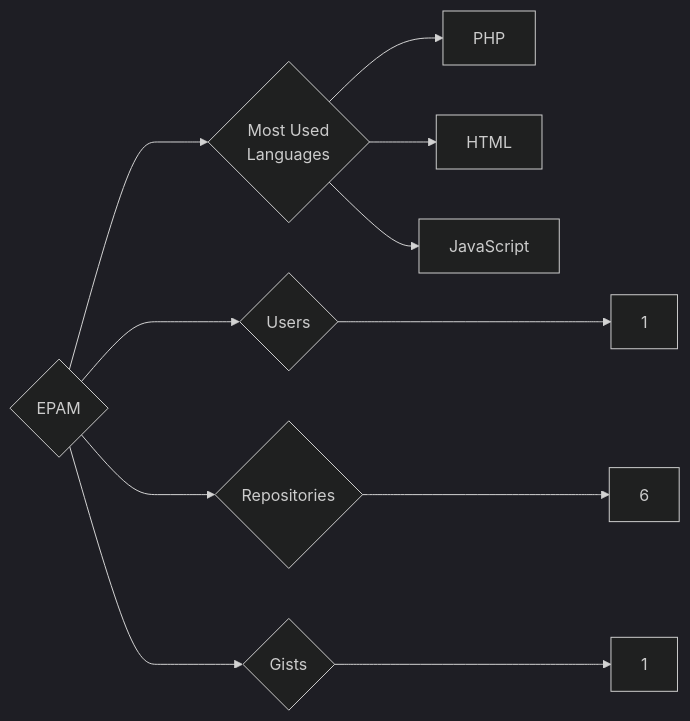
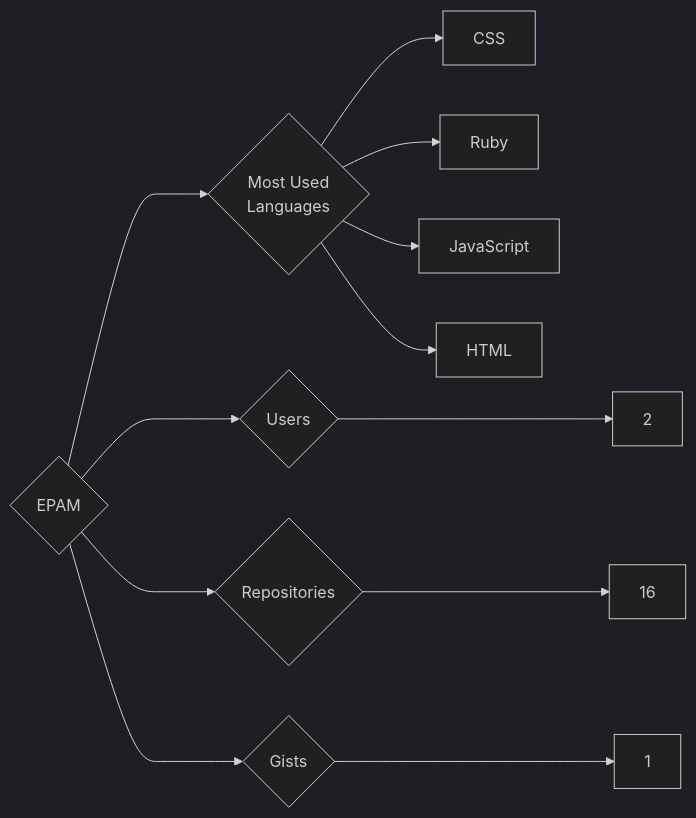
The diagram in targets/EPAM/README.md (trickest/insiders), drawn with Mermaid (dark theme) before and after one commit. The commit also changed 1003 other files, not shown here.

````diff
--- a/targets/EPAM/README.md
+++ b/targets/EPAM/README.md
@@ -3,11 +3,12 @@
 ```mermaid
 graph LR
 COMPANY_NAME{EPAM}
-COMPANY_NAME ---> U{Users} ---> UN[1]
-COMPANY_NAME ---> R{Repositories} ---> RN[6]
+COMPANY_NAME ---> U{Users} ---> UN[2]
+COMPANY_NAME ---> R{Repositories} ---> RN[16]
 COMPANY_NAME ---> G{Gists} ---> GN[1]
 COMPANY_NAME ---> ML{Most Used<br>Languages}
-ML --> PHP[PHP]
+ML --> CSS[CSS]
+ML --> Ruby[Ruby]
+ML --> JavaScript[JavaScript]
 ML --> HTML[HTML]
-ML --> JavaScript[JavaScript]
 ```
````
